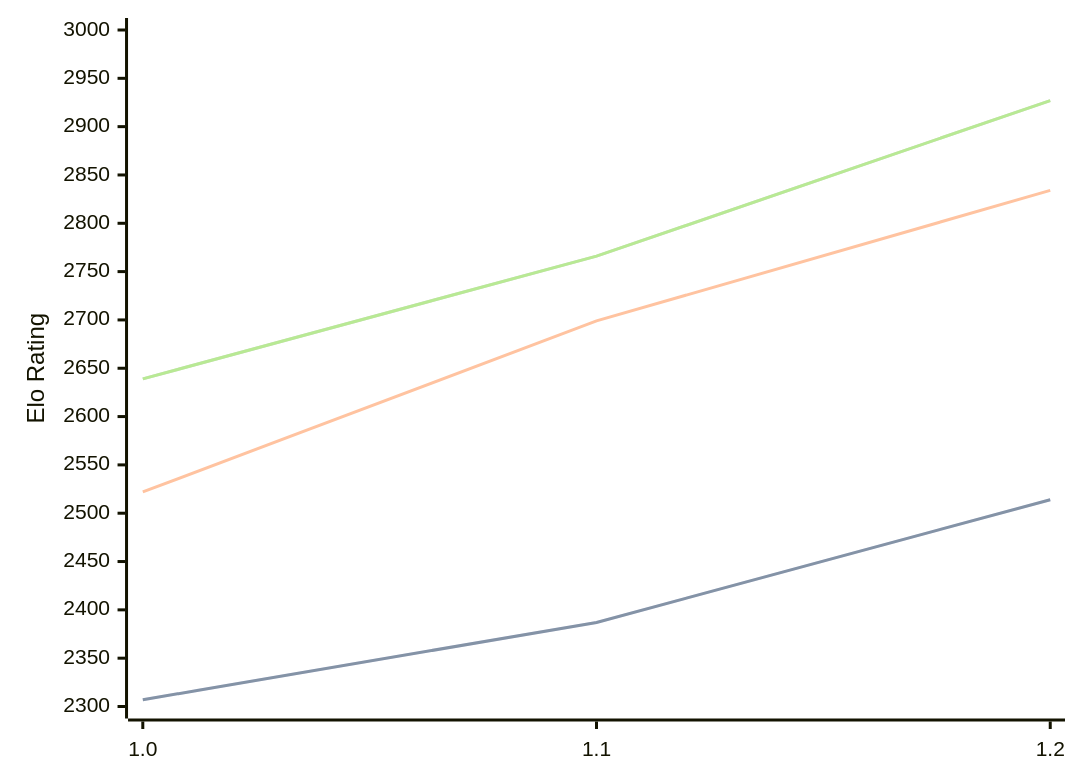
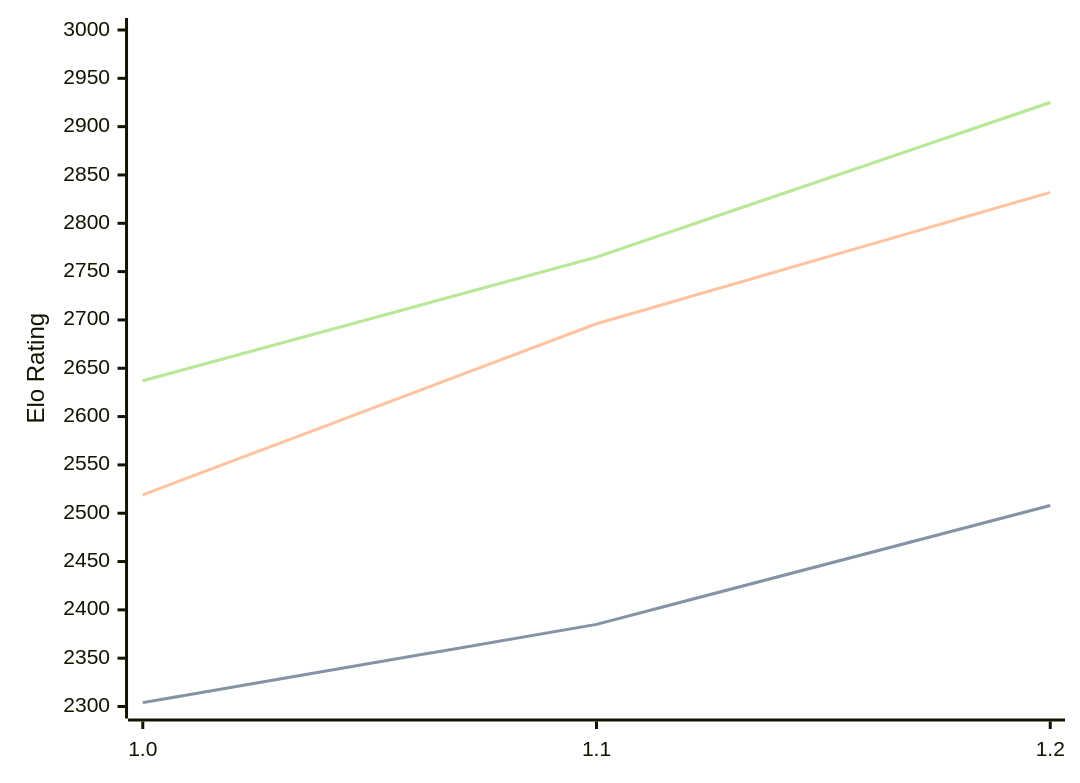
One commit to computer-chess-index/cci changed the diagram in engines/FoxChess.md. Above: the diagram before and after it, drawn with Mermaid. The commit also changed other lines of this file, not shown here.

Commit message:
Update CCI Ratings (ELO VLTC) - 2026-08-12

````diff
--- a/engines/FoxChess.md
+++ b/engines/FoxChess.md
@@ -33,11 +33,11 @@
 ```mermaid
 %%{init: {"theme":"base","themeVariables":{"seriesColors:['#a3a3a3','#222221','#faa371']}}}%%
 xychart-beta
   x-axis ["1.0", "1.1", "1.2"]
   y-axis "Elo Rating" 2300 --> 3000
-  line "STC (8.0+0.08s)" [2307, 2387, 2514]
-  line "STC (8.0+0.08s)" [2307, 2387, 2514]
-  line "LTC (60.0+0.60s)" [2522, 2699, 2834]
-  line "VLTC (2m24s+1.12s)" [2639, 2766, 2927]
-  line "VLTC (2m24s+1.12s)" [2639, 2766, 2927]
+  line "STC (8.0+0.08s)" [2304, 2385, 2508]
+  line "STC (8.0+0.08s)" [2304, 2385, 2508]
+  line "LTC (60.0+0.60s)" [2519, 2696, 2832]
+  line "VLTC (2m24s+1.12s)" [2637, 2765, 2925]
+  line "VLTC (2m24s+1.12s)" [2637, 2765, 2925]
 ```
````
